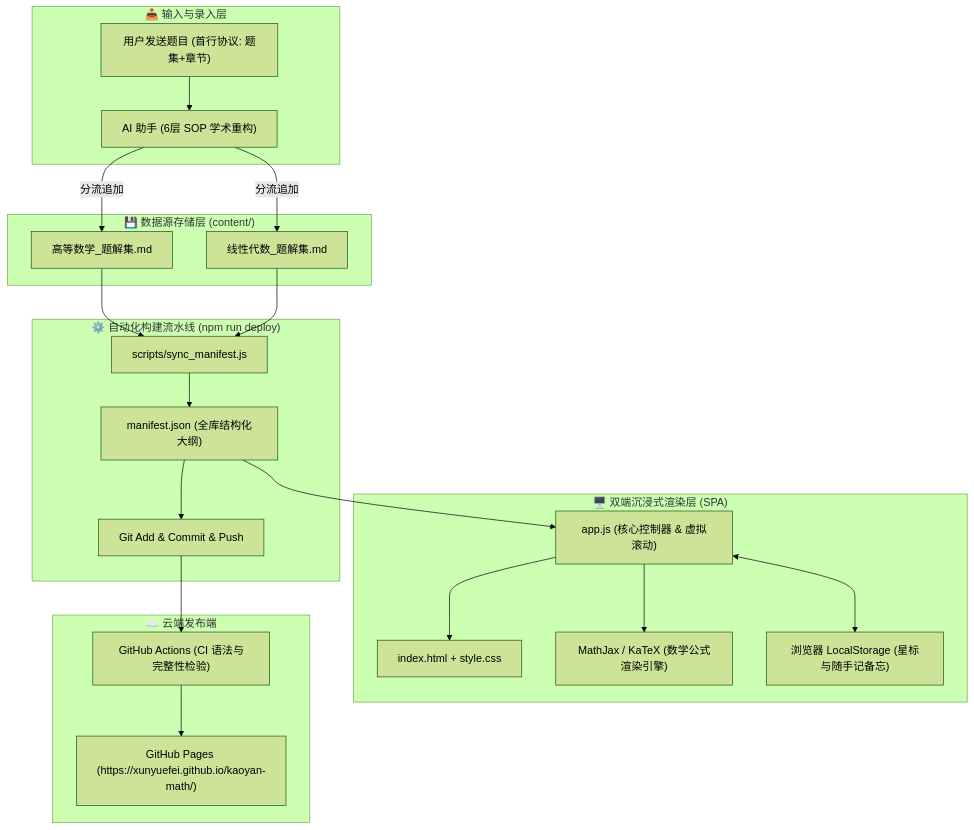
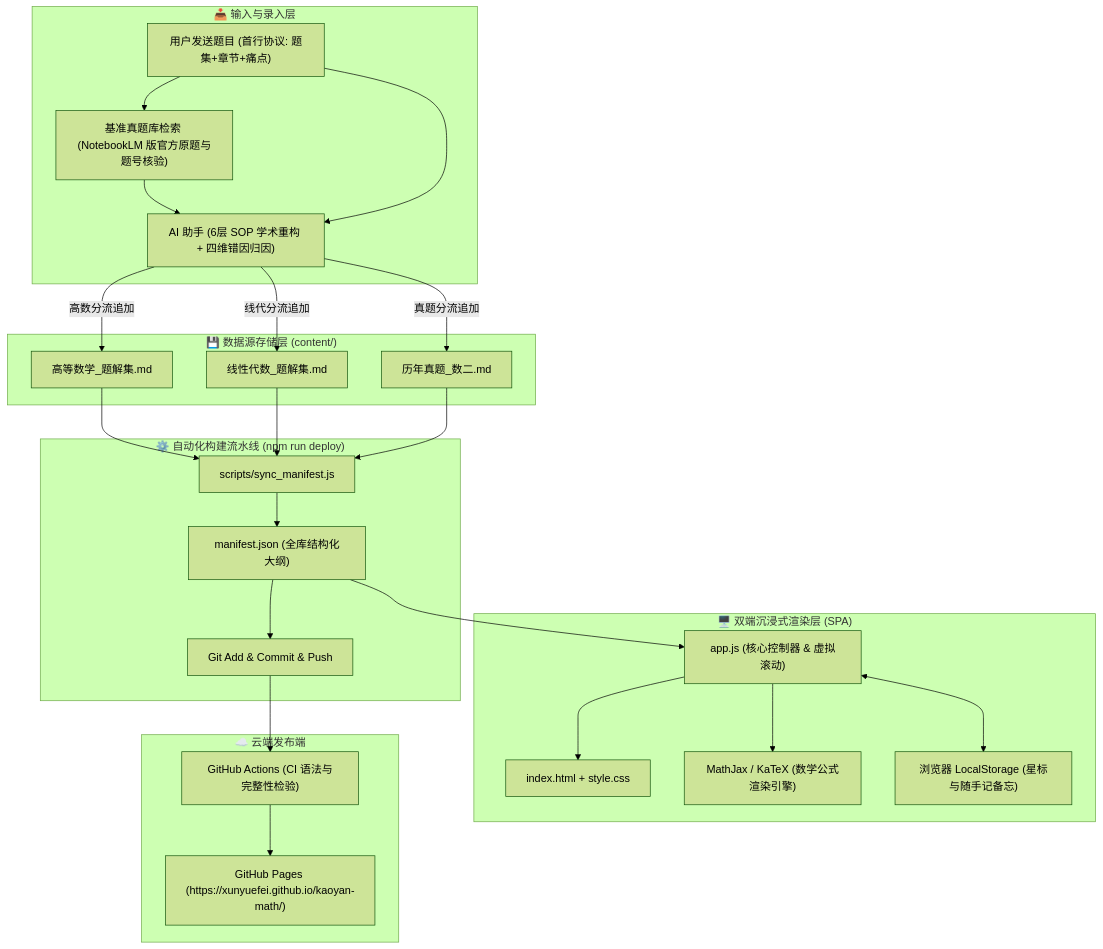
Before and after one commit to xunyuefei/kaoyan-math: the diagram in docs/ARCHITECTURE.md, drawn with Mermaid (forest theme). The commit also changed other lines of this file and 10 other files, not shown here.

````diff
--- a/docs/ARCHITECTURE.md
+++ b/docs/ARCHITECTURE.md
@@ -11,43 +11,49 @@
 ```mermaid
 flowchart TD
     subgraph Input["📥 输入与录入层"]
-        UserPrompt["用户发送题目 (首行协议: 题集+章节)"]
-        AIAgent["AI 助手 (6层 SOP 学术重构)"]
+        UserPrompt["用户发送题目 (首行协议: 题集+章节+痛点)"]
+        GroundTruth["基准真题库检索 (NotebookLM 版官方原题与题号核验)"]
+        AIAgent["AI 助手 (6层 SOP 学术重构 + 四维错因归因)"]
     end
 
     subgraph DataStorage["💾 数据源存储层 (content/)"]
         GaoshuMD["高等数学_题解集.md"]
         XiandaiMD["线性代数_题解集.md"]
+        ZhentiMD["历年真题_数二.md"]
     end
 
     subgraph Pipeline["⚙️ 自动化构建流水线 (npm run deploy)"]
         SyncScript["scripts/sync_manifest.js"]
         ManifestJSON["manifest.json (全库结构化大纲)"]
         GitCommit["Git Add & Commit & Push"]
     end
 
     subgraph Frontend["🖥️ 双端沉浸式渲染层 (SPA)"]
         IndexHTML["index.html + style.css"]
         AppJS["app.js (核心控制器 & 虚拟滚动)"]
         MathEngine["MathJax / KaTeX (数学公式渲染引擎)"]
         Storage["浏览器 LocalStorage (星标与随手记备忘)"]
     end
 
     subgraph Deploy["☁️ 云端发布端"]
         GHAction["GitHub Actions (CI 语法与完整性检验)"]
         GHPages["GitHub Pages (https://xunyuefei.github.io/kaoyan-math/)"]
     end
 
+    UserPrompt --> GroundTruth
+    GroundTruth --> AIAgent
     UserPrompt --> AIAgent
-    AIAgent -->|分流追加| GaoshuMD
-    AIAgent -->|分流追加| XiandaiMD
+    AIAgent -->|高数分流追加| GaoshuMD
+    AIAgent -->|线代分流追加| XiandaiMD
+    AIAgent -->|真题分流追加| ZhentiMD
     GaoshuMD --> SyncScript
     XiandaiMD --> SyncScript
+    ZhentiMD --> SyncScript
     SyncScript --> ManifestJSON
     ManifestJSON --> GitCommit
     GitCommit --> GHAction --> GHPages
     ManifestJSON --> AppJS
     AppJS --> IndexHTML
     AppJS --> MathEngine
     AppJS <--> Storage
 ```
````
